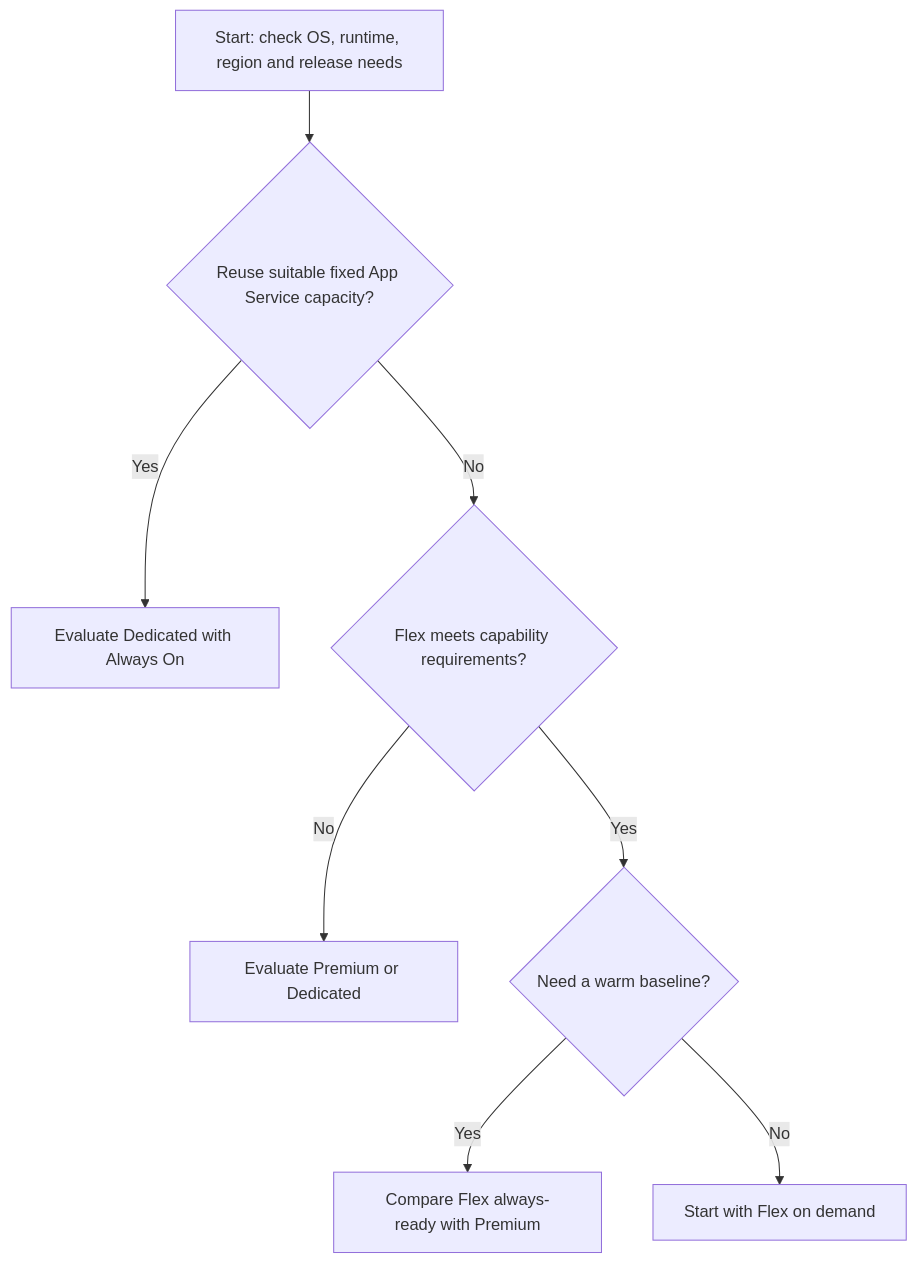
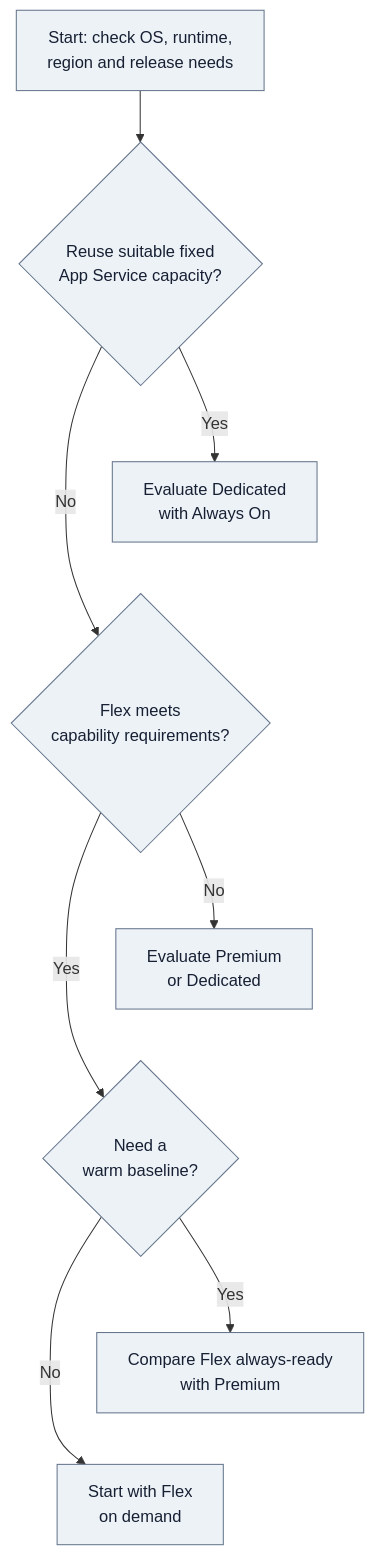
The diagram in docs/best-practices/hosting-plan-selection.md (yeongseon/azure-functions-practical-guide), drawn with Mermaid before and after one commit. The commit also changed 1 other file, not shown here.

Commit message:
docs(diagrams): improve hosting plan selection readability (#461)
Preserve all capability checks, Yes/No branches and outcomes while wrapping
labels and tiering alternatives for narrow displays. Add accessible metadata
and refresh only the owned manifest record.

Refs #285

````diff
--- a/docs/best-practices/hosting-plan-selection.md
+++ b/docs/best-practices/hosting-plan-selection.md
@@ -70,10 +70,18 @@
 ```mermaid
 flowchart TD
-    A[Start: check OS, runtime, region and release needs] --> B{Reuse suitable fixed App Service capacity?}
-    B -->|Yes| C[Evaluate Dedicated with Always On]
-    B -->|No| D{Flex meets capability requirements?}
-    D -->|No| E[Evaluate Premium or Dedicated]
-    D -->|Yes| F{Need a warm baseline?}
-    F -->|Yes| G[Compare Flex always-ready with Premium]
-    F -->|No| H[Start with Flex on demand]
+    accTitle: Hosting plan selection after capability checks
+    accDescr: Illustrative workload-fit choices, not exclusive capabilities or performance guarantees. Check OS, runtime, region and release needs first. Reuse suitable fixed capacity with Dedicated and Always On; otherwise check Flex capability fit, then compare Flex always-ready with Premium if a warm baseline is needed, or start with Flex on demand. If Flex does not fit, evaluate Premium or Dedicated.
+    A["Start: check OS, runtime,<br/>region and release needs"] --> B{"Reuse suitable fixed<br/>App Service capacity?"}
+    B -->|Yes| C["Evaluate Dedicated<br/>with Always On"]
+    B -->|No| D{"Flex meets<br/>capability requirements?"}
+    D -->|No| E["Evaluate Premium<br/>or Dedicated"]
+    D -->|Yes| F{"Need a<br/>warm baseline?"}
+    F -->|Yes| G["Compare Flex always-ready<br/>with Premium"]
+    F -->|No| H["Start with Flex<br/>on demand"]
+    %% Layout-only links tier alternatives; they add no decisions or semantic arrows.
+    C ~~~ D
+    E ~~~ F
+    G ~~~ H
+    classDef neutral fill:#edf2f7,stroke:#64748b,color:#172033
+    class A,B,C,D,E,F,G,H neutral
 ```
````
